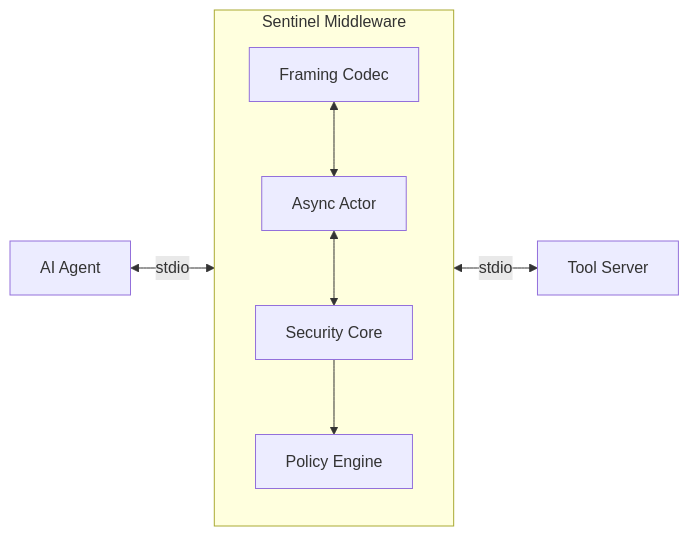
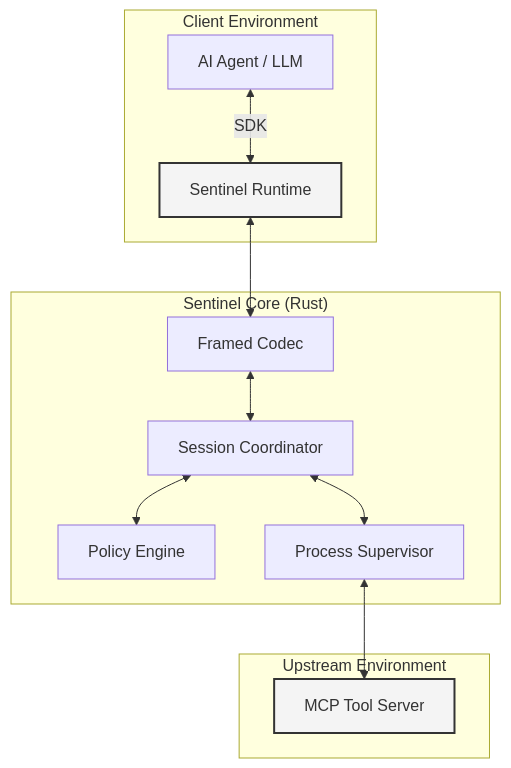
One commit to BadC-mpany/lilith-zero changed the diagram in README.md. Above: the diagram before and after it, drawn with Mermaid. The commit also changed other lines of this file and 13 other files, not shown here.

````diff
--- a/README.md
+++ b/README.md
@@ -88,12 +41,20 @@
 ```mermaid
-graph LR
-    Agent[AI Agent] <-->|stdio| S[Sentinel]
-    S <-->|stdio| Tool[Tool Server]
-    
-    subgraph S [Sentinel Middleware]
-        direction TB
-        Codec[Framing Codec] <--> Actor[Async Actor]
-        Actor <--> Core[Security Core]
-        Core --> Pol[Policy Engine]
+graph TD
+    subgraph "Client Environment"
+        A[AI Agent / LLM] <-->|SDK| B[Sentinel Runtime]
     end
+
+    subgraph "Sentinel Core (Rust)"
+        B <--> Codec[Framed Codec]
+        Codec <--> Coordinator[Session Coordinator]
+        Coordinator <--> Policy[Policy Engine]
+        Coordinator <--> Supervisor[Process Supervisor]
+    end
+
+    subgraph "Upstream Environment"
+        Supervisor <--> Tool[MCP Tool Server]
+    end
+
+    style B fill:#f4f4f4,stroke:#333,stroke-width:2px
+    style Tool fill:#f4f4f4,stroke:#333,stroke-width:2px
 ```
````
